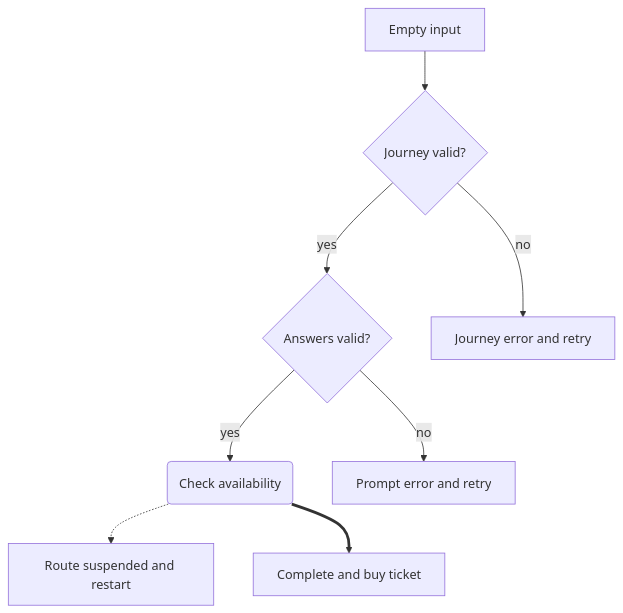
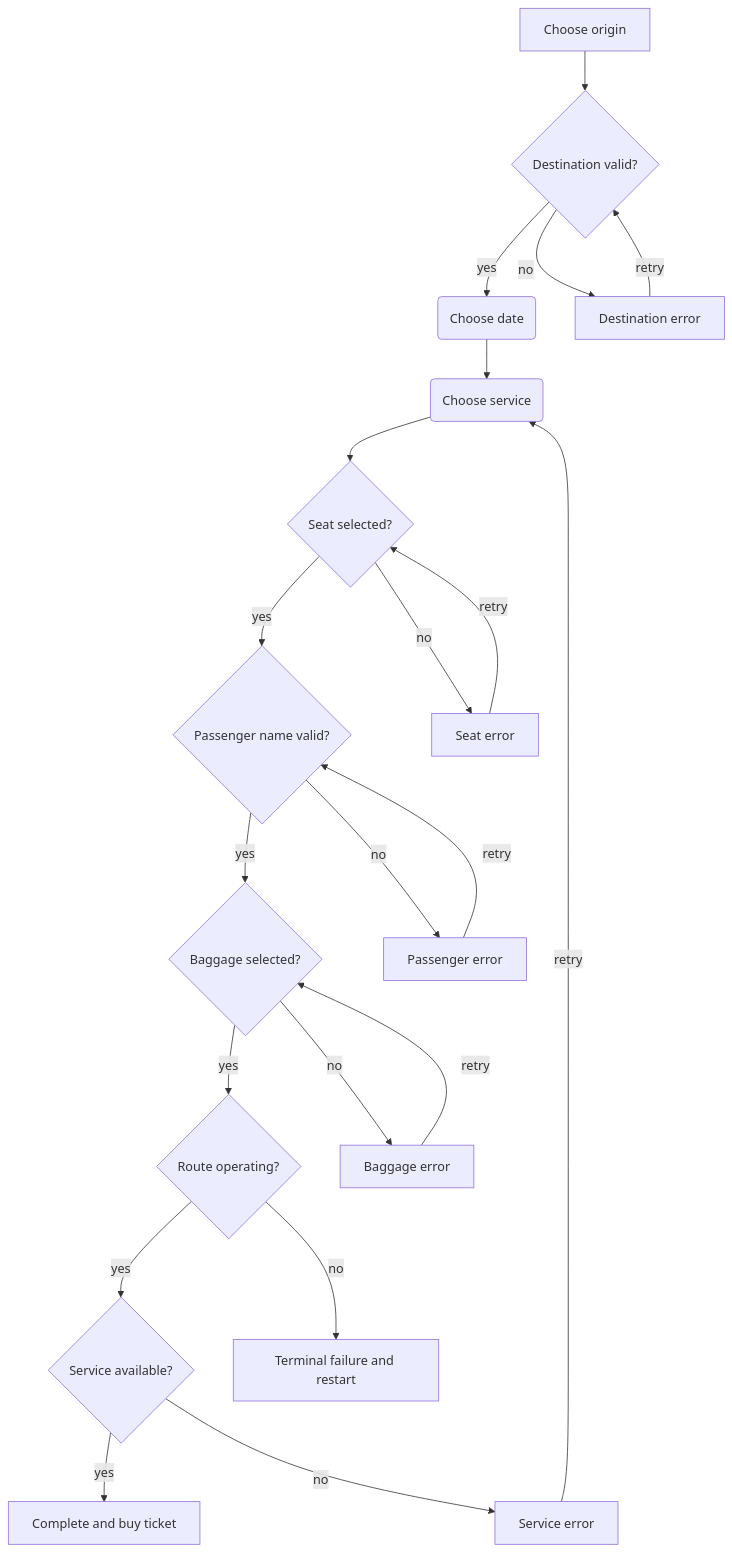
Before and after one commit to royalicing/qip: the diagram in docs/form_abi.md, drawn with Mermaid.

Commit message:
Expand the train ticket prompt flow

````diff
--- a/docs/form_abi.md
+++ b/docs/form_abi.md
@@ -615,10 +615,23 @@
 ```mermaid
 graph TD
-    Start[Empty input] --> Journey{Journey valid?}
-    Journey -->|yes| Answers{Answers valid?}
-    Journey -->|no| JourneyError[Journey error and retry]
-    Answers -->|yes| Check(Check availability)
-    Answers -->|no| AnswerError[Prompt error and retry]
-    Check -.-> Failed[Route suspended and restart]
-    Check ==> Complete[Complete and buy ticket]
+    Origin[Choose origin] --> Destination{Destination valid?}
+    Destination -->|yes| Date(Choose date)
+    Destination -->|no| DestinationError[Destination error]
+    Date --> Service(Choose service)
+    Service --> Seat{Seat selected?}
+    Seat -->|yes| Passenger{Passenger name valid?}
+    Seat -->|no| SeatError[Seat error]
+    Passenger -->|yes| Baggage{Baggage selected?}
+    Passenger -->|no| PassengerError[Passenger error]
+    Baggage -->|yes| Route{Route operating?}
+    Baggage -->|no| BaggageError[Baggage error]
+    Route -->|yes| Availability{Service available?}
+    Route -->|no| Failed[Terminal failure and restart]
+    Availability -->|yes| Complete[Complete and buy ticket]
+    Availability -->|no| ServiceError[Service error]
+    DestinationError -->|retry| Destination
+    SeatError -->|retry| Seat
+    PassengerError -->|retry| Passenger
+    BaggageError -->|retry| Baggage
+    ServiceError -->|retry| Service
 ```
````
